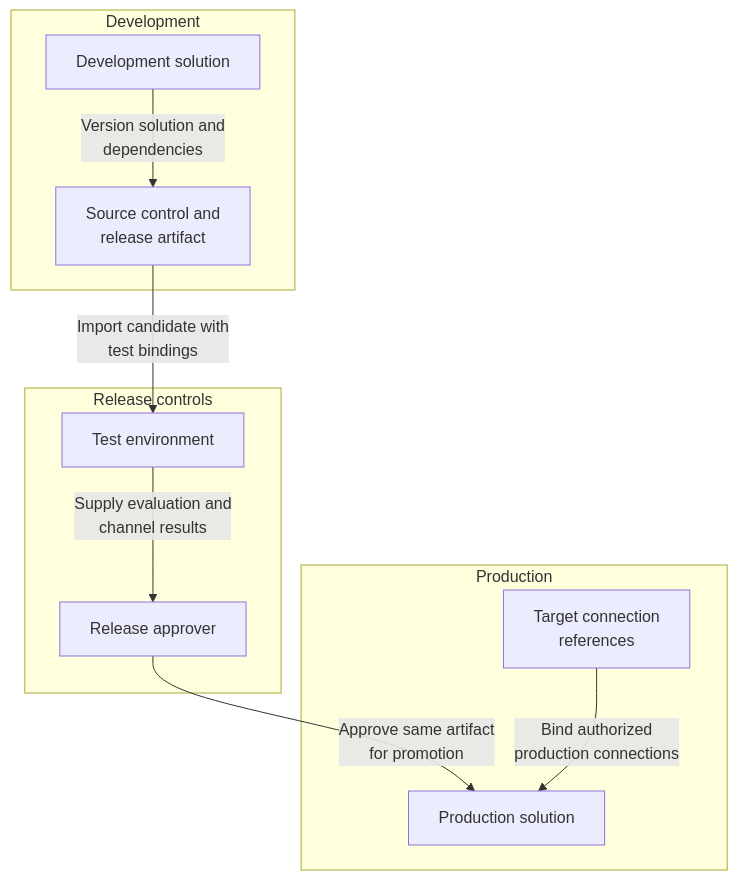
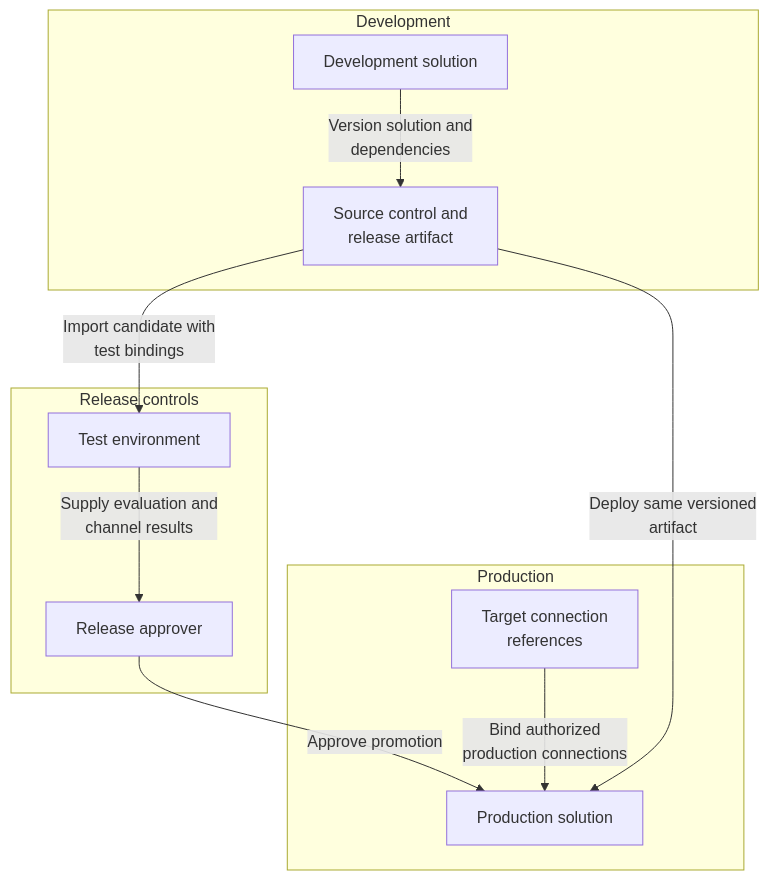
Before and after one commit to abhishek-ai-enabler/copilotstudio-architecture-patterns: the first of 2 diagrams in technical-patterns/solution-promotion.md, drawn with Mermaid. The commit also changed other lines of this file and 41 other files, not shown here.

First line of the commit message:
Review diagrams: add return paths and fix flow accuracy

````diff
--- a/technical-patterns/solution-promotion.md
+++ b/technical-patterns/solution-promotion.md
@@ -7,22 +7,23 @@
 ```mermaid
 flowchart TB
     accTitle: Promote one tested solution with environment-specific bindings - architecture
     accDescr: Approve the artifact and its destination bindings. Promoting identical agent content does not prove that the production connection points to the correct data.
     subgraph group0["Development"]
         D["Development solution"]
         G["Source control and<br/>release artifact"]
     end
     subgraph group2["Release controls"]
         T["Test environment"]
         H["Release approver"]
     end
     subgraph group4["Production"]
         P["Production solution"]
         C["Target connection<br/>references"]
     end
     D -->|"Version solution and<br/>dependencies"| G
     G -->|"Import candidate with<br/>test bindings"| T
     T -->|"Supply evaluation and<br/>channel results"| H
-    H -->|"Approve same artifact<br/>for promotion"| P
+    H -->|"Approve promotion"| P
     C -->|"Bind authorized<br/>production connections"| P
+    G -->|"Deploy same versioned<br/>artifact"| P
 ```
````
